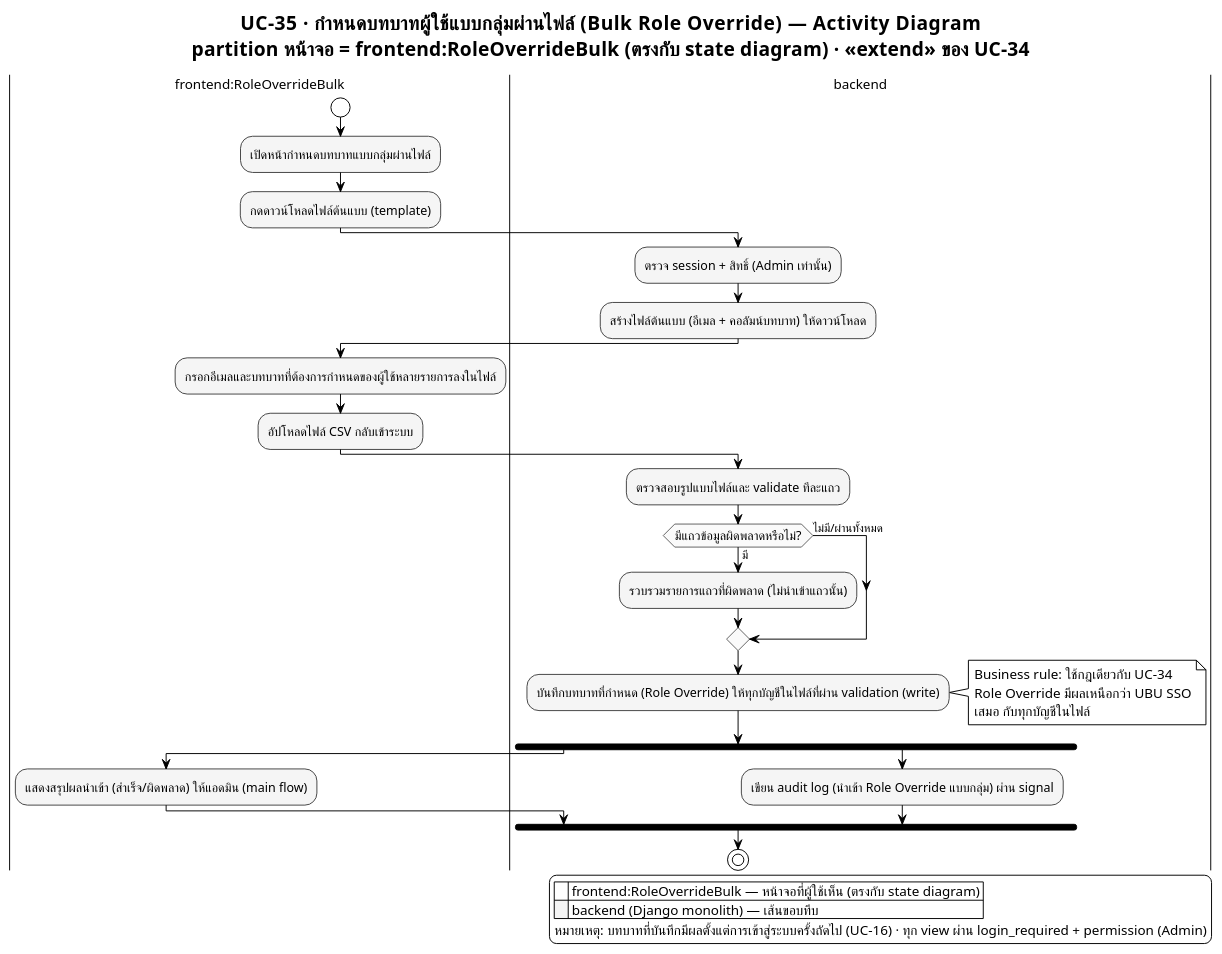
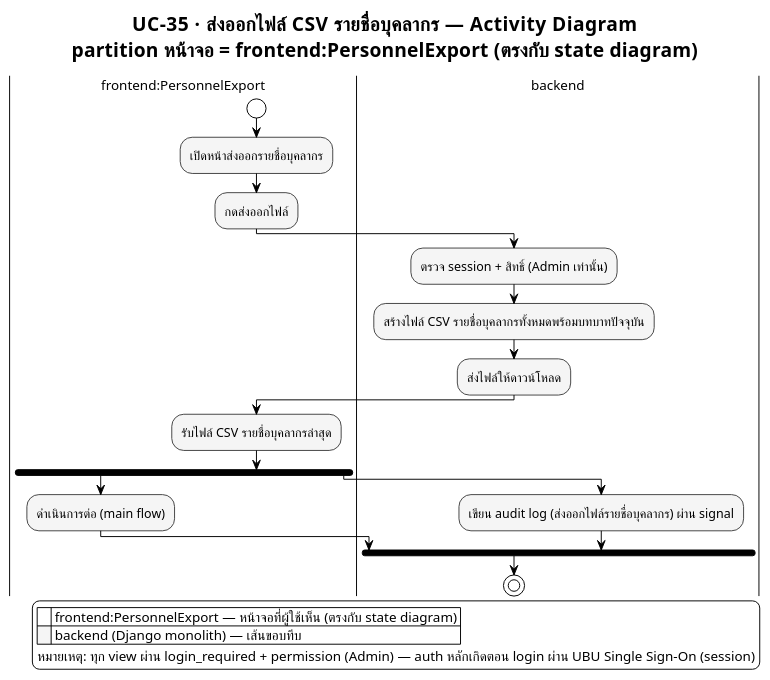
Before and after one commit to patlnwza-007/project-2569: the diagram in proposal/usecase/activity_module10_uc35.puml, drawn with PlantUML. The commit also changed 24 other files, not shown here.

```diff
--- a/proposal/usecase/activity_module10_uc35.puml
+++ b/proposal/usecase/activity_module10_uc35.puml
@@ -1,83 +1,68 @@
 @startuml activity_module10_uc35
 ' ══════════════════════════════════════════════════════════════════
 ' รองรับภาษาไทย — อ่านก่อน render:
 ' 1. บันทึกไฟล์นี้เป็น UTF-8 (ไม่ต้องมี BOM) เสมอ
 ' 2. ถ้า render ผ่าน CLI (plantuml.jar) ต้องระบุ flag encoding ด้วย:
-'      java -Dfile.encoding=UTF-8 -jar plantuml.jar -charset UTF-8 activity_admin_panel_uc35_role_override_bulk_import.puml
+'      java -Dfile.encoding=UTF-8 -jar plantuml.jar -charset UTF-8 activity_admin_panel_uc35_personnel_export_csv.puml
 ' 3. บังคับใช้ Smetana (pure-Java layout engine) แทน Graphviz/dot
 '    เพราะ Graphviz บางระบบ (โดยเฉพาะ Windows) อ่าน UTF-8 ไม่ตรง ทำให้ตัวอักษรไทยเพี้ยน/หาย
 !pragma layout smetana
 ' 4. ฟอนต์ที่มีสระ/วรรณยุกต์ไทยครบและ render ผ่าน Java ได้เสถียร
 '    - Windows: "TH Sarabun New" (ฟอนต์มาตรฐานราชการ) หรือ "Tahoma" (มากับเครื่องอยู่แล้ว)
 '    - Linux / PlantUML online server: เปลี่ยนเป็น "Noto Sans Thai" หรือ "Loma"
 skinparam defaultFontName "TH Sarabun New"
 skinparam defaultFontSize 14
 ' ══════════════════════════════════════════════════════════════════
 
 !theme plain
 skinparam titleFontName "TH Sarabun New"
 skinparam titleFontSize 20
 skinparam noteFontName "TH Sarabun New"
 skinparam ArrowFontName "TH Sarabun New"
 skinparam ArrowFontSize 12
 skinparam swimlaneTitleFontName "TH Sarabun New"
 skinparam swimlaneTitleFontSize 14
 
 ' ===== Monochrome เท่านั้น — ห้ามให้แต่ละ partition มีสีต่างกัน =====
 skinparam activity {
   BackgroundColor #F5F5F5
   BorderColor #424242
   FontName "TH Sarabun New"
   FontSize 13
   DiamondBackgroundColor #FAFAFA
   DiamondBorderColor #616161
 }
 
-title UC-35 · กำหนดบทบาทผู้ใช้แบบกลุ่มผ่านไฟล์ (Bulk Role Override) — Activity Diagram\npartition หน้าจอ = frontend:RoleOverrideBulk (ตรงกับ state diagram) · <<extend>> ของ UC-34
+title UC-35 · ส่งออกไฟล์ CSV รายชื่อบุคลากร — Activity Diagram\npartition หน้าจอ = frontend:PersonnelExport (ตรงกับ state diagram)
 
 ' หมายเหตุ: สมมติว่าแอดมิน login แล้ว (session) — ไม่ต้องวาด OAuth/SSO ซ้ำใน flow นี้
-|frontend:RoleOverrideBulk|
+|frontend:PersonnelExport|
 start
-:เปิดหน้ากำหนดบทบาทแบบกลุ่มผ่านไฟล์;
-:กดดาวน์โหลดไฟล์ต้นแบบ (template);
+:เปิดหน้าส่งออกรายชื่อบุคลากร;
+:กดส่งออกไฟล์;
 
 |backend|
 :ตรวจ session + สิทธิ์ (Admin เท่านั้น);
-:สร้างไฟล์ต้นแบบ (อีเมล + คอลัมน์บทบาท) ให้ดาวน์โหลด;
+:สร้างไฟล์ CSV รายชื่อบุคลากรทั้งหมดพร้อมบทบาทปัจจุบัน;
+:ส่งไฟล์ให้ดาวน์โหลด;
 
-|frontend:RoleOverrideBulk|
-:กรอกอีเมลและบทบาทที่ต้องการกำหนดของผู้ใช้หลายรายการลงในไฟล์;
-:อัปโหลดไฟล์ CSV กลับเข้าระบบ;
-
-|backend|
-:ตรวจสอบรูปแบบไฟล์และ validate ทีละแถว;
-
-if (มีแถวข้อมูลผิดพลาดหรือไม่?) then (มี)
-  :รวบรวมรายการแถวที่ผิดพลาด (ไม่นำเข้าแถวนั้น);
-else (ไม่มี/ผ่านทั้งหมด)
-endif
-
-:บันทึกบทบาทที่กำหนด (Role Override) ให้ทุกบัญชีในไฟล์ที่ผ่าน validation (write);
-note right
-  Business rule: ใช้กฎเดียวกับ UC-34
-  Role Override มีผลเหนือกว่า UBU SSO
-  เสมอ กับทุกบัญชีในไฟล์
-end note
+|frontend:PersonnelExport|
+:รับไฟล์ CSV รายชื่อบุคลากรล่าสุด;
 
 fork
-  |frontend:RoleOverrideBulk|
-  :แสดงสรุปผลนำเข้า (สำเร็จ/ผิดพลาด) ให้แอดมิน (main flow);
+  |frontend:PersonnelExport|
+  :ดำเนินการต่อ (main flow);
 fork again
   |backend|
-  :เขียน audit log (นำเข้า Role Override แบบกลุ่ม) ผ่าน signal;
+  :เขียน audit log (ส่งออกไฟล์รายชื่อบุคลากร) ผ่าน signal;
 end fork
 
 stop
 
 legend right
-  |<back:white>    </back>| frontend:RoleOverrideBulk — หน้าจอที่ผู้ใช้เห็น (ตรงกับ state diagram) |
+  |<back:white>    </back>| frontend:PersonnelExport — หน้าจอที่ผู้ใช้เห็น (ตรงกับ state diagram) |
   |<back:#F5F5F5>    </back>| backend (Django monolith) — เส้นขอบทึบ |
-  หมายเหตุ: บทบาทที่บันทึกมีผลตั้งแต่การเข้าสู่ระบบครั้งถัดไป (UC-16) · ทุก view ผ่าน login_required + permission (Admin)
+  หมายเหตุ: ทุก view ผ่าน login_required + permission (Admin) — auth หลักเกิดตอน login ผ่าน UBU Single Sign-On (session)
 endlegend
 
 @enduml
```
